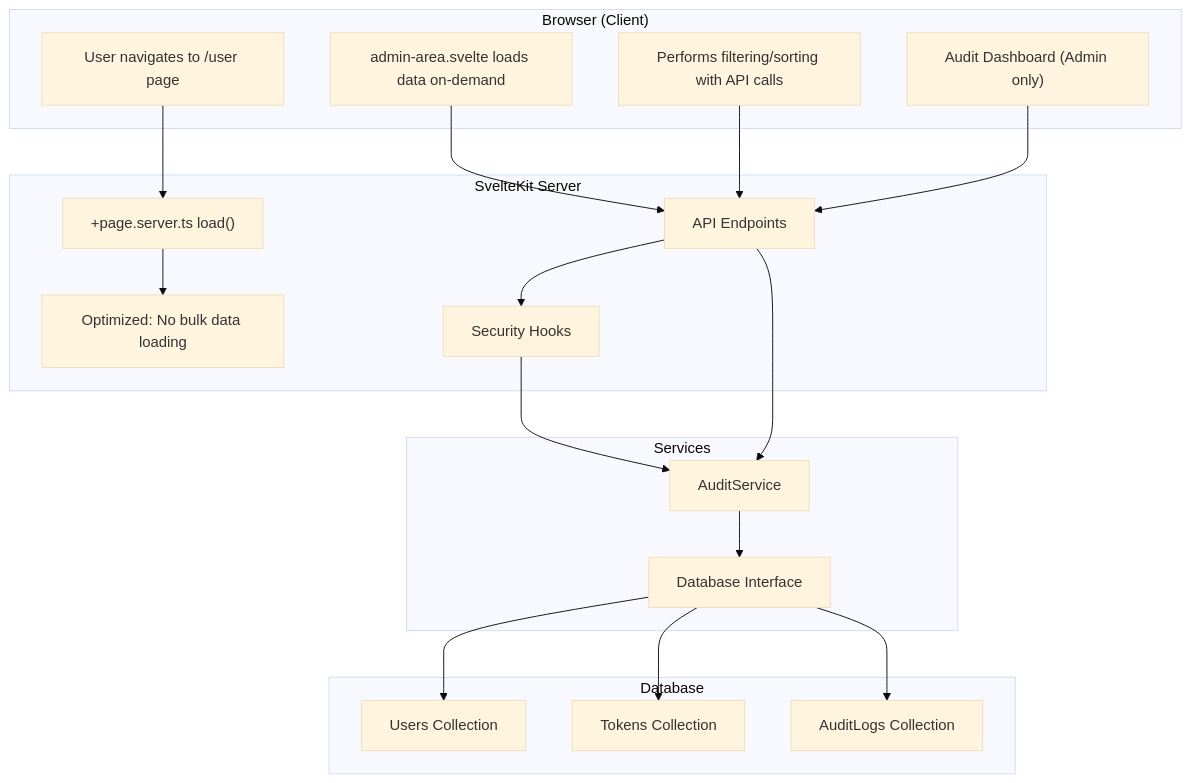
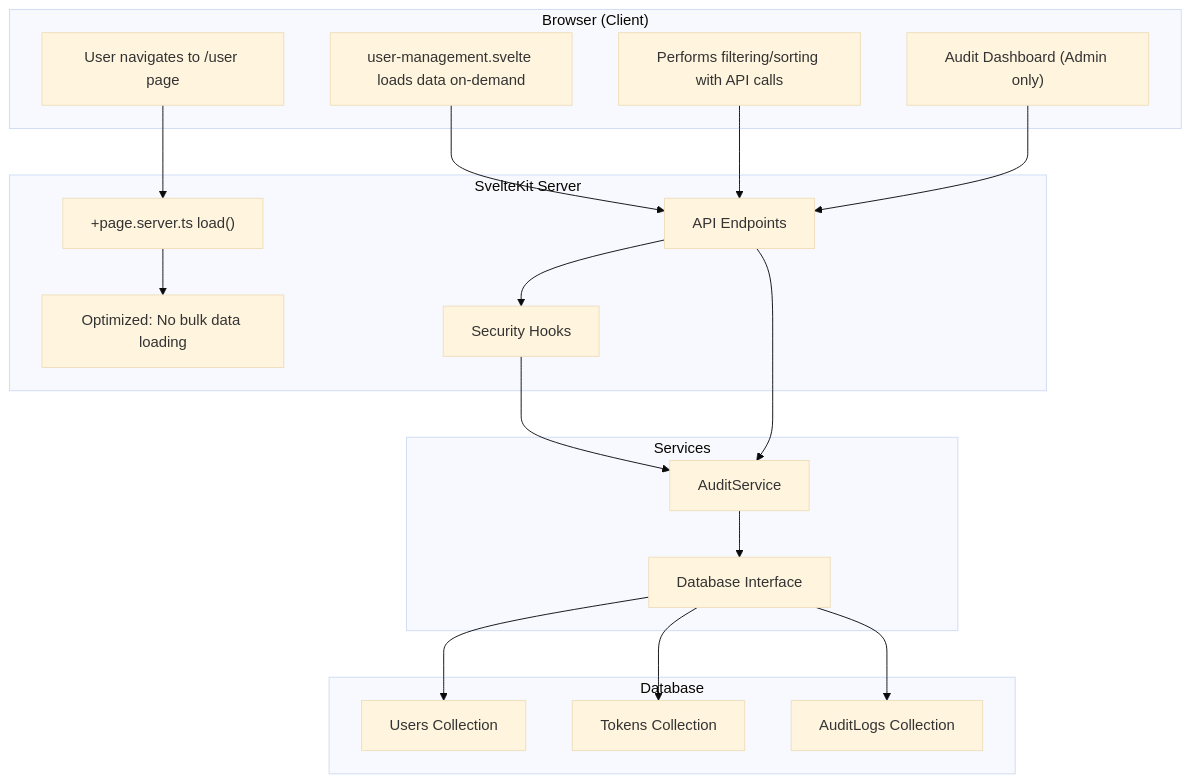
The diagram in docs/reference/architecture/user-management-overview.mdx (SveltyCMS/SveltyCMS), drawn with Mermaid (base theme) before and after one commit. The commit also changed other lines of this file and 169 other files, not shown here.

````diff
--- a/docs/reference/architecture/user-management-overview.mdx
+++ b/docs/reference/architecture/user-management-overview.mdx
@@ -133,40 +133,40 @@
 ```mermaid
 graph TD
     subgraph Browser["Browser (Client)"]
         A["User navigates to /user page"]
-        D["admin-area.svelte loads data on-demand"]
+        D["user-management.svelte loads data on-demand"]
         E["Performs filtering/sorting with API calls"]
         F["Audit Dashboard (Admin only)"]
     end
 
     subgraph Server["SvelteKit Server"]
         B["+page.server.ts load()"]
         C["Optimized: No bulk data loading"]
         H["API Endpoints"]
         I["Security Hooks"]
     end
 
     subgraph Services["Services"]
         J["AuditService"]
         K["Database Interface"]
     end
 
     subgraph Database["Database"]
         L[Users Collection]
         M[Tokens Collection]
         N[AuditLogs Collection]
     end
 
     A --> B
     B --> C
     D --> H
     E --> H
     F --> H
     H --> I
     I --> J
     J --> K
     K --> L
     K --> M
     K --> N
     H --> J
 ```
````
